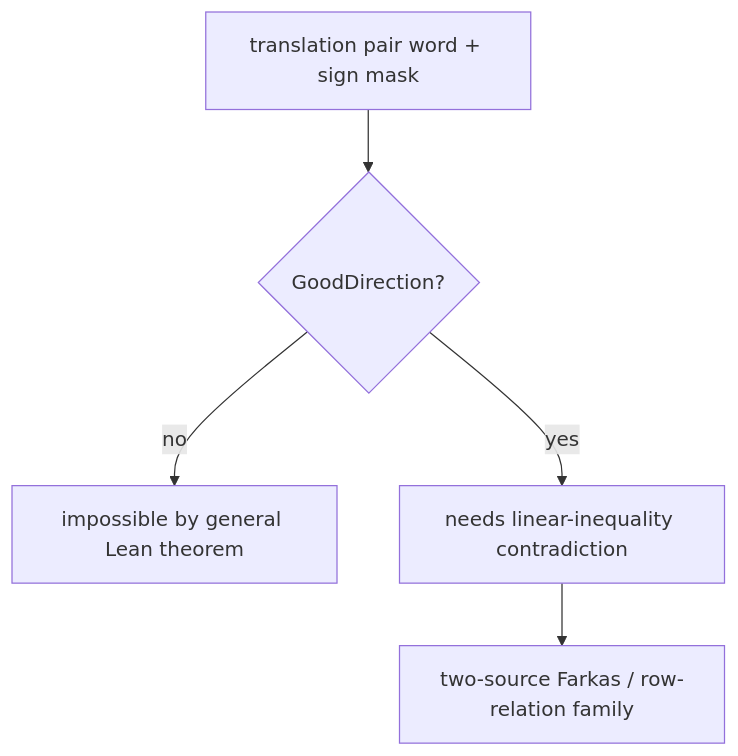
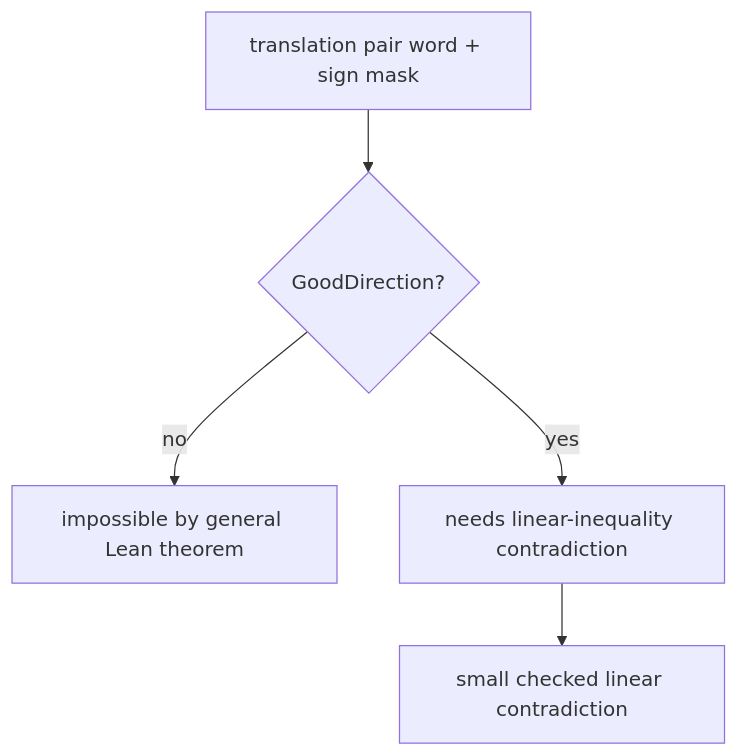
One commit to zpconn/cuboctahedron changed the fourth of 9 diagrams in README.md. Above: the diagram before and after it, drawn with Mermaid. The commit also changed other lines of this file, not shown here.

Commit message:
Update proof architecture README

````diff
--- a/README.md
+++ b/README.md
@@ -256,11 +263,11 @@
 ```mermaid
 flowchart TD
     A["translation pair word + sign mask"]
     B{"GoodDirection?"}
     C["impossible by general Lean theorem"]
     D["needs linear-inequality contradiction"]
-    E["two-source Farkas / row-relation family"]
+    E["small checked linear contradiction"]
     A --> B
     B -- "no" --> C
     B -- "yes" --> D --> E
 ```
````
